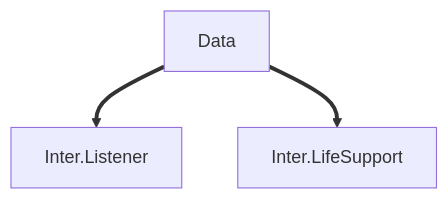
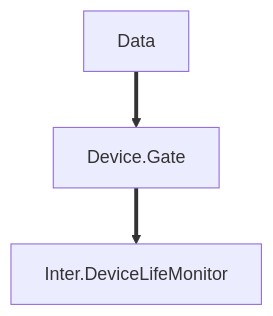
The third of 3 diagrams in profile/README.md (InterMW/.github), drawn with Mermaid before and after one commit. The commit also changed other lines of this file, not shown here.

````diff
--- a/profile/README.md
+++ b/profile/README.md
@@ -40,5 +40,5 @@
 ```mermaid
 graph TD;
-    Data ==> Inter.Listener;
-    Data ==> Inter.LifeSupport;
+    Data ==> Device.Gate;
+    Device.Gate ==> Inter.DeviceLifeMonitor;
 ```
````
